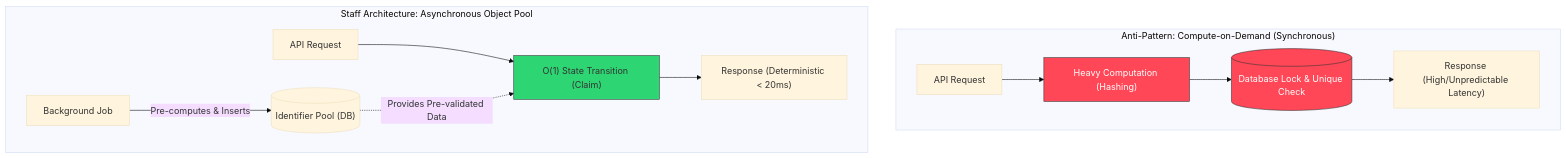
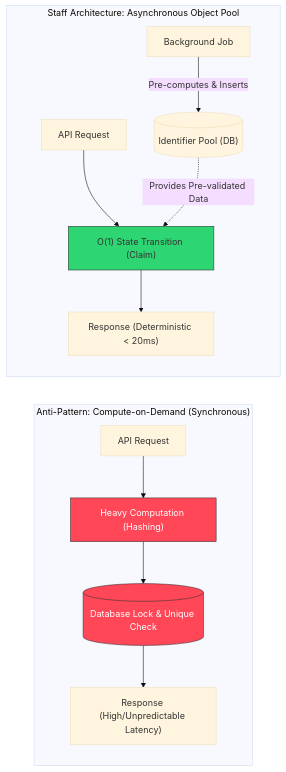
One commit to tuanhiep/principal changed the diagram in content/posts/series_2/1.the_law_of_decoupled_computation.md. Above: the diagram before and after it, drawn with Mermaid (base theme).

Commit message:
Allocation Systems (1/5): Move the Work, Not the Latency — The Pre-allocation Paradigm

````diff
--- a/content/posts/series_2/1.the_law_of_decoupled_computation.md
+++ b/content/posts/series_2/1.the_law_of_decoupled_computation.md
@@ -98,19 +98,20 @@
 ```mermaid
-graph TD
+graph LR
     subgraph "Anti-Pattern: Compute-on-Demand (Synchronous)"
         REQ1["API Request"] --> COMPUTE["Heavy Computation (Hashing)"]
         COMPUTE --> DB1[("Database Lock & Unique Check")]
         DB1 --> RESP1["Response (High/Unpredictable Latency)"]
     end
 
     subgraph "Staff Architecture: Asynchronous Object Pool"
         WORKER["Background Job"] -->|Pre-computes & Inserts| POOL[("Identifier Pool (DB)")]
         REQ2["API Request"] --> FETCH["O(1) State Transition (Claim)"]
         POOL -.->|Provides Pre-validated Data| FETCH
         FETCH --> RESP2["Response (Deterministic < 20ms)"]
     end
 
     style COMPUTE fill:#ff4757,stroke:#333,color:#fff
     style DB1 fill:#ff4757,stroke:#333,color:#fff
     style FETCH fill:#2ed573,stroke:#333
+
 ```
````
